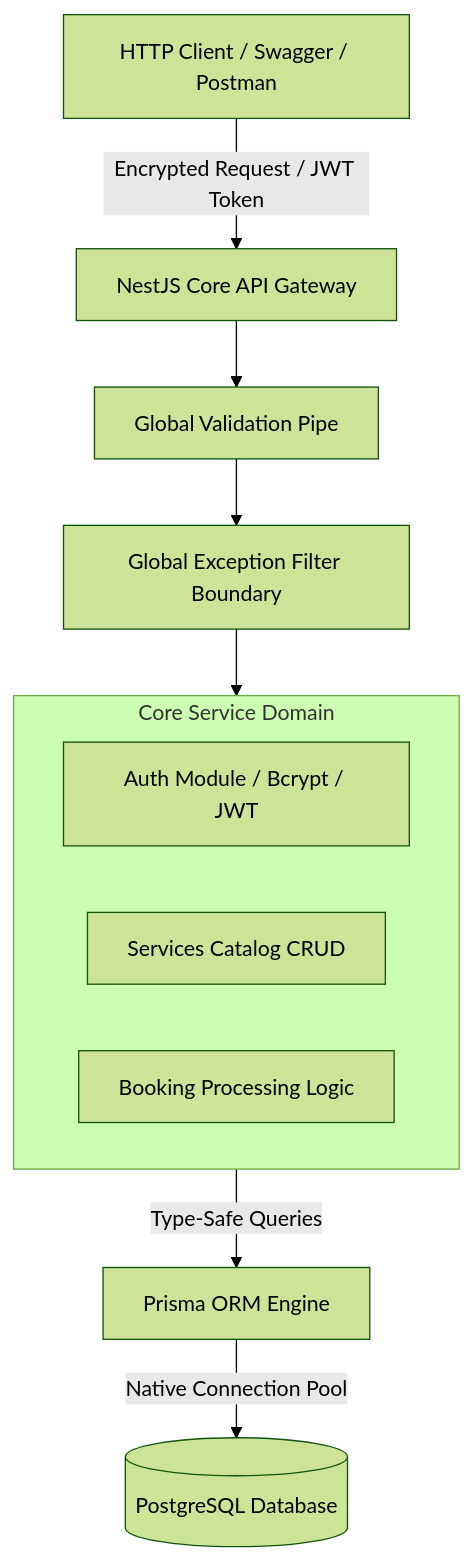
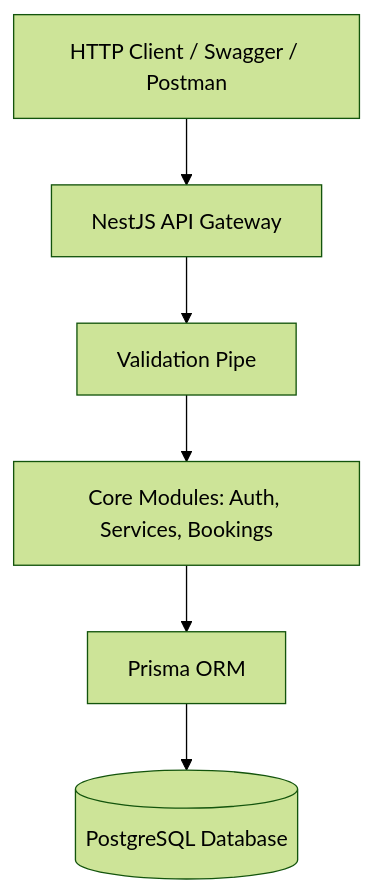
The diagram in README.md (gamodyarajasooriya/en2h-booking-api), drawn with Mermaid (forest theme) before and after one commit. The commit also changed other lines of this file and 2 other files, not shown here.

Commit message:
docs: finalize comprehensive README with Mermaid diagram, assumptions, and future metrics

````diff
--- a/README.md
+++ b/README.md
@@ -9,16 +7,8 @@
 ```mermaid
 graph TD
-    Client[HTTP Client / Swagger / Postman] -->|Encrypted Request / JWT Token| NestJS[NestJS Core API Gateway]
-    NestJS --> Validation[Global Validation Pipe]
-    Validation --> Filters[Global Exception Filter Boundary]
-    Filters --> Modules[Application Core Modules]
-    
-    subgraph Modules [Core Service Domain]
-        Auth[Auth Module / Bcrypt / JWT]
-        Services[Services Catalog CRUD]
-        Bookings[Booking Processing Logic]
-    end
-    
-    Modules -->|Type-Safe Queries| Prisma[Prisma ORM Engine]
-    Prisma -->|Native Connection Pool| Postgres[(PostgreSQL Database)]
+    Client[HTTP Client / Swagger / Postman] --> NestJS[NestJS API Gateway]
+    NestJS --> Validation[Validation Pipe]
+    Validation --> Modules[Core Modules: Auth, Services, Bookings]
+    Modules --> Prisma[Prisma ORM]
+    Prisma --> Postgres[(PostgreSQL Database)]
 ```
````
